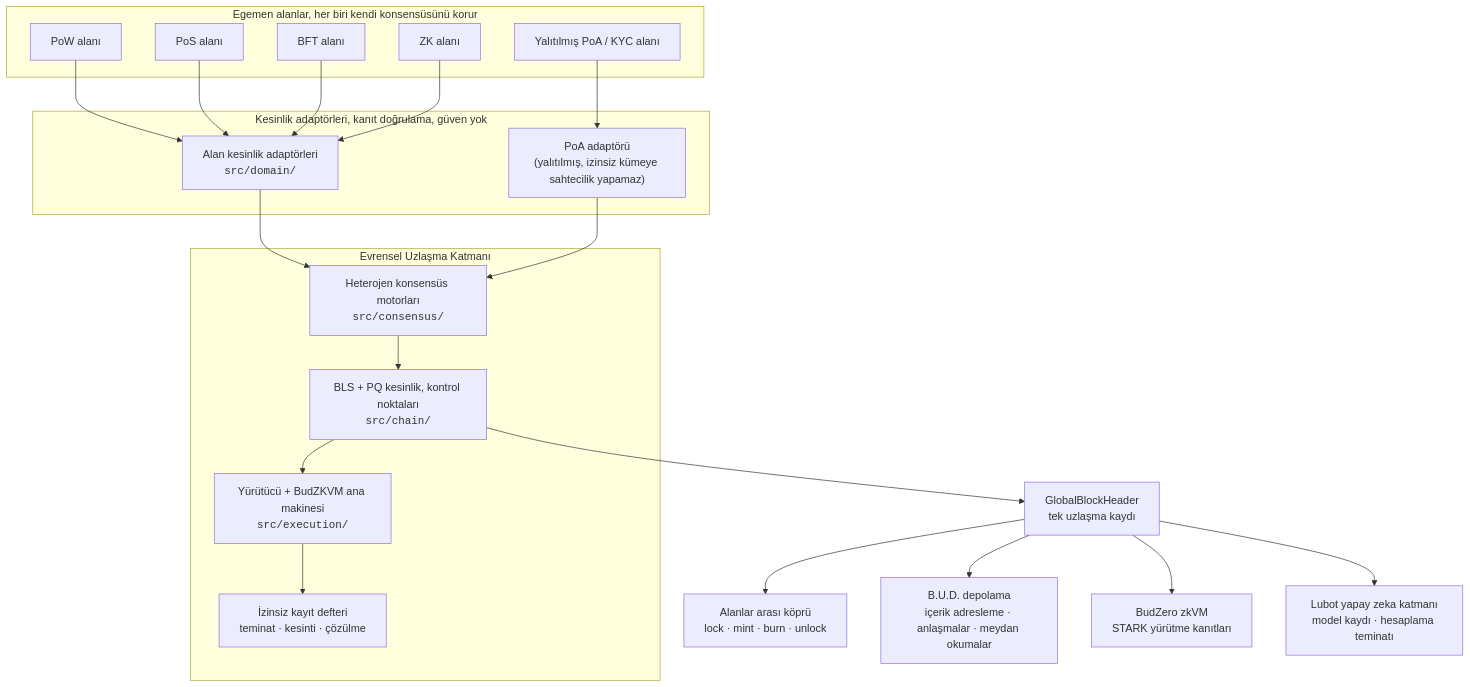
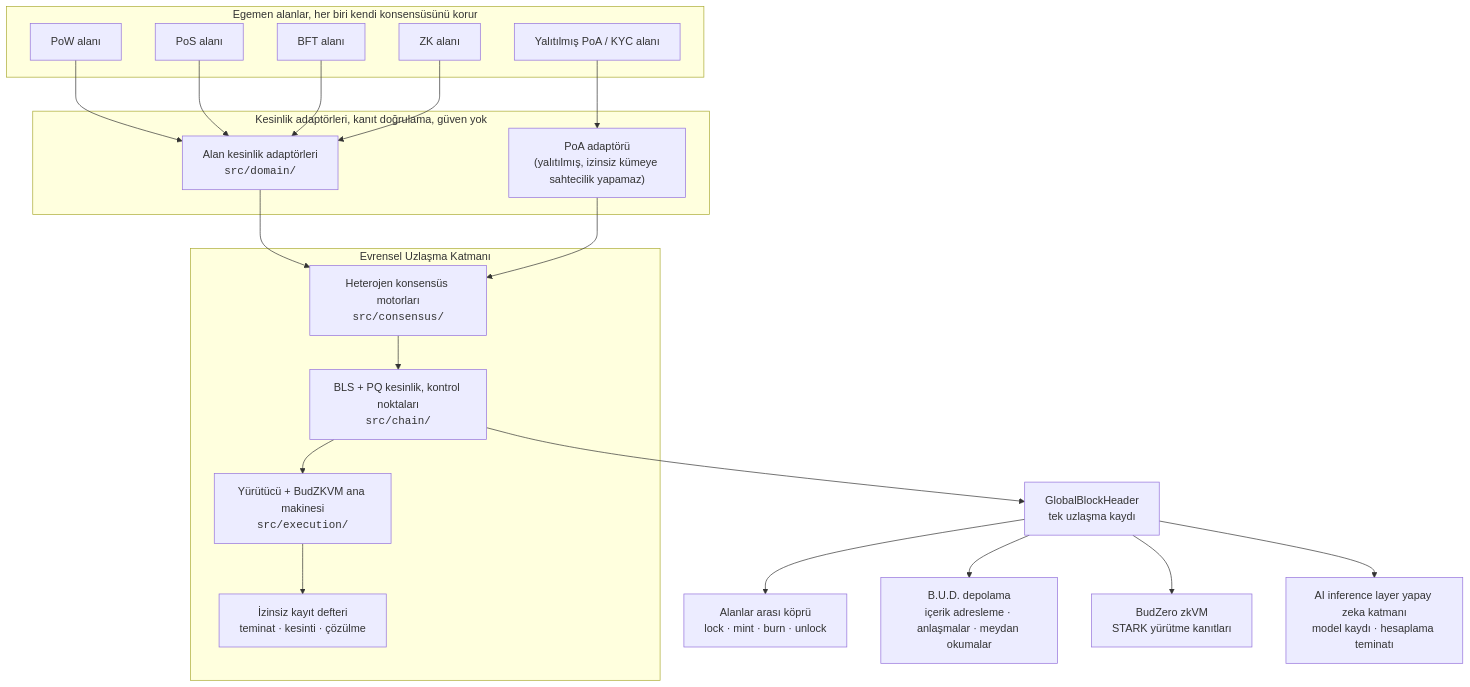
One commit to budlum-xyz/budlum changed the diagram in README.tr.md. Above: the diagram before and after it, drawn with Mermaid. The commit also changed other lines of this file and 366 other files, not shown here.

````diff
--- a/README.tr.md
+++ b/README.tr.md
@@ -66,39 +66,39 @@
 ```mermaid
 flowchart TB
   subgraph Domains["Egemen alanlar, her biri kendi konsensüsünü korur"]
     PoW["PoW alanı"]
     PoS["PoS alanı"]
     BFT["BFT alanı"]
     ZKD["ZK alanı"]
     PoA["Yalıtılmış PoA / KYC alanı"]
   end
 
   subgraph Adapters["Kesinlik adaptörleri, kanıt doğrulama, güven yok"]
     FA["Alan kesinlik adaptörleri<br/><code>src/domain/</code>"]
     PA["PoA adaptörü<br/>(yalıtılmış, izinsiz kümeye sahtecilik yapamaz)"]
   end
 
   subgraph USL["Evrensel Uzlaşma Katmanı"]
     CONS["Heterojen konsensüs motorları<br/><code>src/consensus/</code>"]
     FIN["BLS + PQ kesinlik, kontrol noktaları<br/><code>src/chain/</code>"]
     EXEC["Yürütücü + BudZKVM ana makinesi<br/><code>src/execution/</code>"]
     REG["İzinsiz kayıt defteri<br/>teminat · kesinti · çözülme"]
   end
 
   PoW --> FA
   PoS --> FA
   BFT --> FA
   ZKD --> FA
   PoA --> PA
   FA --> CONS
   PA --> CONS
   CONS --> FIN
   FIN --> EXEC
   EXEC --> REG
 
   FIN --> GBH["GlobalBlockHeader<br/>tek uzlaşma kaydı"]
   GBH --> BR["Alanlar arası köprü<br/>lock · mint · burn · unlock"]
   GBH --> ST["B.U.D. depolama<br/>içerik adresleme · anlaşmalar · meydan okumalar"]
   GBH --> ZK["BudZero zkVM<br/>STARK yürütme kanıtları"]
-  GBH --> AI["Lubot yapay zeka katmanı<br/>model kaydı · hesaplama teminatı"]
+  GBH --> AI["AI inference layer yapay zeka katmanı<br/>model kaydı · hesaplama teminatı"]
 ```
````
